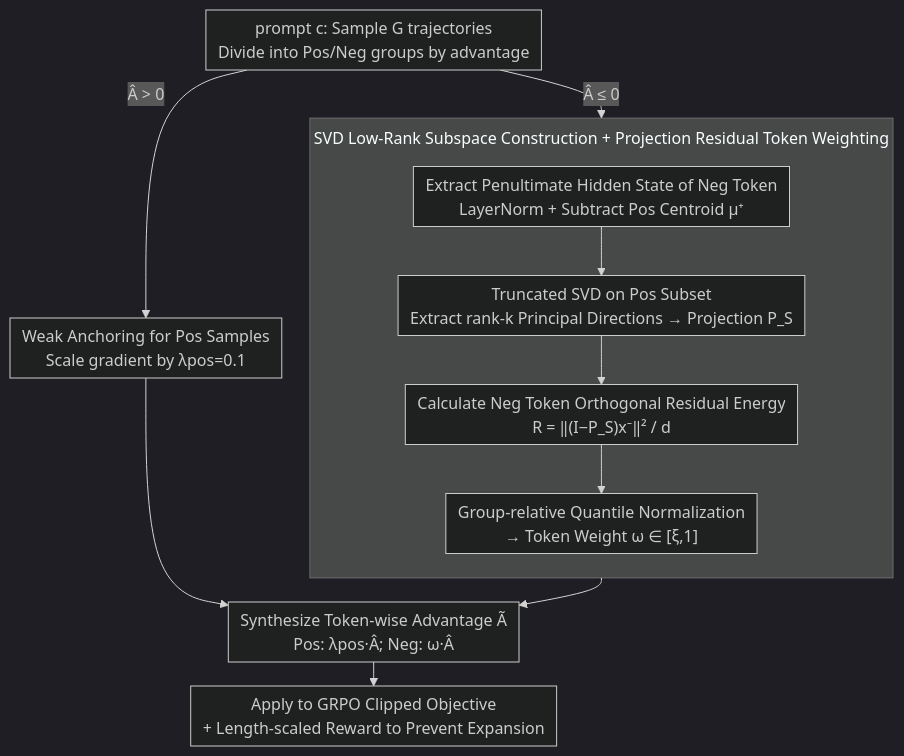
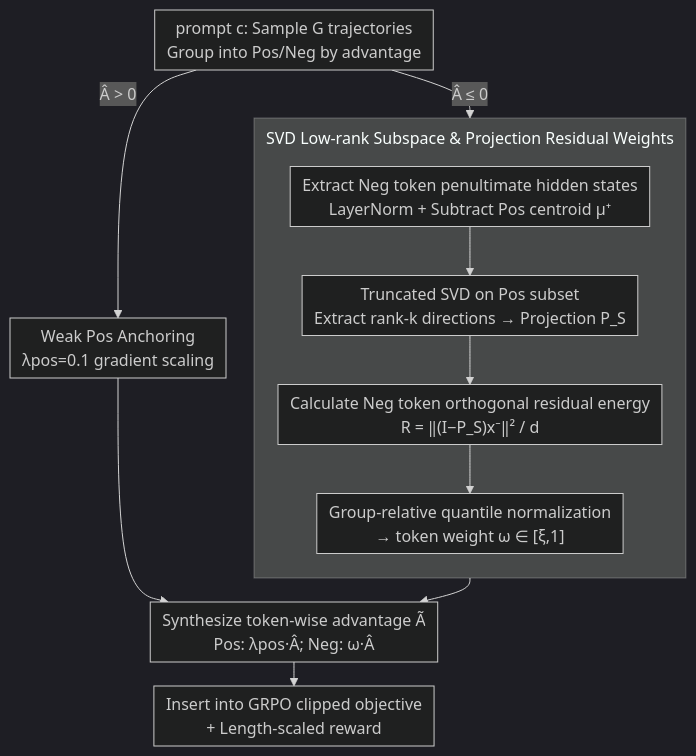
One commit to zhaoyang97/Paper-Notes-en changed the diagram in docs/ICML2026/llm_reasoning/resrl_boosting_llm_reasoning_via_negative_sample_projection_residual_reinforceme.md. Above: the diagram before and after it, drawn with Mermaid (dark theme). The commit also changed other lines of this file and 5084 other files, not shown here.

````diff
--- a/docs/ICML2026/llm_reasoning/resrl_boosting_llm_reasoning_via_negative_sample_projection_residual_reinforceme.md
+++ b/docs/ICML2026/llm_reasoning/resrl_boosting_llm_reasoning_via_negative_sample_projection_residual_reinforceme.md
@@ -45,15 +45,15 @@
 ```mermaid
 %%{init: {'flowchart': {'rankSpacing': 24, 'nodeSpacing': 28, 'padding': 6, 'wrappingWidth': 400, 'subGraphTitleMargin': {'top': 8, 'bottom': 16}}}}%%
 flowchart TD
-    A["prompt c: Sample G trajectories<br/>Divide into Pos/Neg groups by advantage"] -->|"Â > 0"| P["Weak Anchoring for Pos Samples<br/>Scale gradient by λpos=0.1"]
-    A -->|"Â ≤ 0"| N1["Extract Penultimate Hidden State of Neg Token<br/>LayerNorm + Subtract Pos Centroid μ⁺"]
-    subgraph SVD["SVD Low-Rank Subspace Construction + Projection Residual Token Weighting"]
+    A["prompt c: Sample G trajectories<br/>Group into Pos/Neg by advantage"] -->|"Â > 0"| P["Weak Pos Anchoring<br/>λpos=0.1 gradient scaling"]
+    A -->|"Â ≤ 0"| N1["Extract Neg token penultimate hidden states<br/>LayerNorm + Subtract Pos centroid μ⁺"]
+    subgraph SVD["SVD Low-rank Subspace & Projection Residual Weights"]
         direction TB
-        N1 --> N2["Truncated SVD on Pos Subset<br/>Extract rank-k Principal Directions → Projection P_S"]
-        N2 --> N3["Calculate Neg Token Orthogonal Residual Energy<br/>R = ‖(I−P_S)x⁻‖² / d"]
-        N3 --> N4["Group-relative Quantile Normalization<br/>→ Token Weight ω ∈ [ξ,1]"]
+        N1 --> N2["Truncated SVD on Pos subset<br/>Extract rank-k directions → Projection P_S"]
+        N2 --> N3["Calculate Neg token orthogonal residual energy<br/>R = ‖(I−P_S)x⁻‖² / d"]
+        N3 --> N4["Group-relative quantile normalization<br/>→ token weight ω ∈ [ξ,1]"]
     end
-    P --> C["Synthesize Token-wise Advantage Ã<br/>Pos: λpos·Â; Neg: ω·Â"]
+    P --> C["Synthesize token-wise advantage Ã<br/>Pos: λpos·Â; Neg: ω·Â"]
     N4 --> C
-    C --> D["Apply to GRPO Clipped Objective<br/>+ Length-scaled Reward to Prevent Expansion"]
+    C --> D["Insert into GRPO clipped objective<br/>+ Length-scaled reward"]
 ```
````
